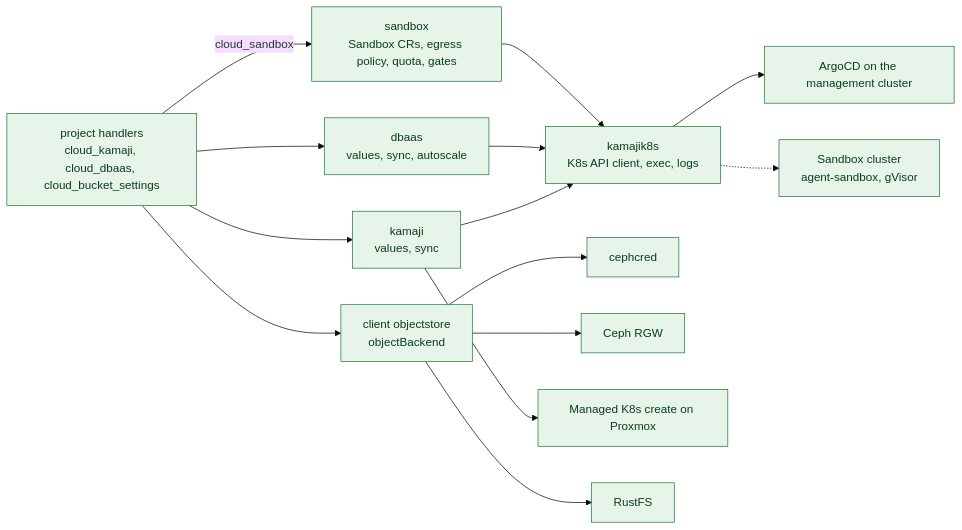
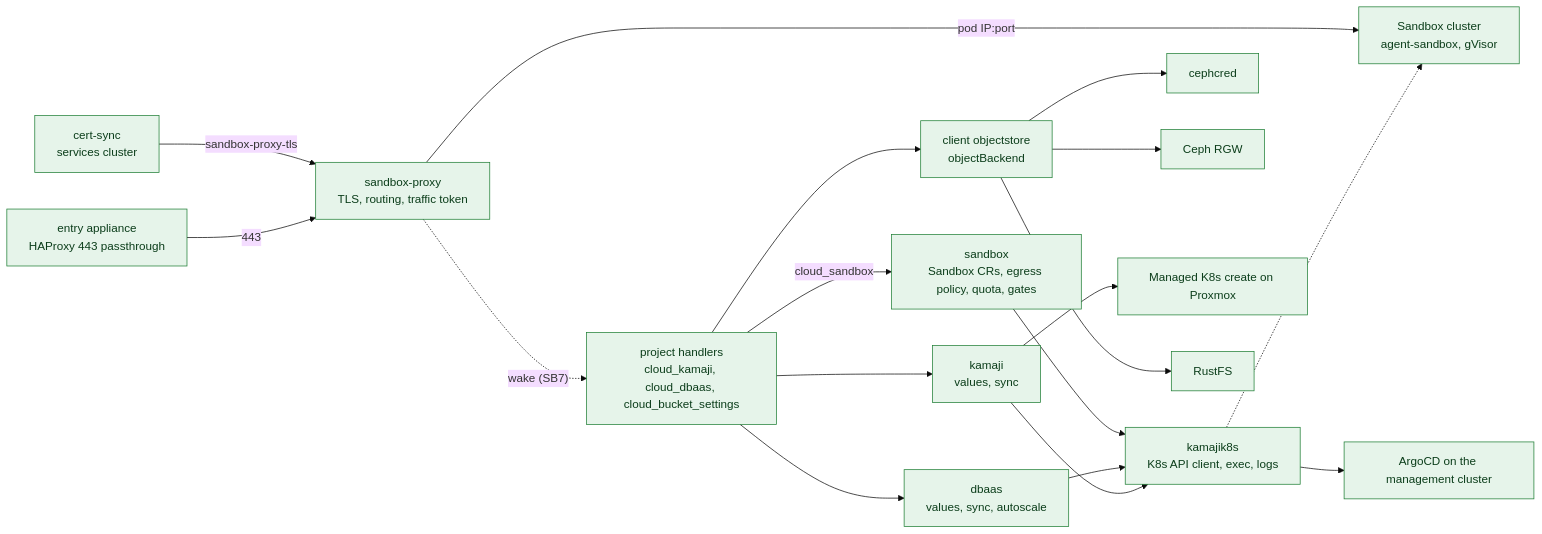
Before and after one commit to mutex-solutions/proxcloud: the fifth of 5 diagrams in docs/architecture/c4/c3-components.md, drawn with Mermaid (base theme). The commit also changed other lines of this file and 48 other files, not shown here.

First line of the commit message:
feat(sandbox): public entry with TLS in sandbox-proxy (SB4)

````diff
--- a/docs/architecture/c4/c3-components.md
+++ b/docs/architecture/c4/c3-components.md
@@ -281,32 +281,39 @@
 ```mermaid
 flowchart LR
   classDef impl fill:#e6f4ea,stroke:#1e7e34,color:#0b3d1a
   classDef planned fill:#f2f2f2,stroke:#8a8a8a,stroke-dasharray:5 5,color:#555555
 
   ph["project handlers<br/>cloud_kamaji, cloud_dbaas, cloud_bucket_settings"]:::impl
   kam["kamaji<br/>values, sync"]:::impl
   dba["dbaas<br/>values, sync, autoscale"]:::impl
   k8s["kamajik8s<br/>K8s API client, exec, logs"]:::impl
   sbx["sandbox<br/>Sandbox CRs, egress policy, quota, gates"]:::impl
   sbxc["Sandbox cluster<br/>agent-sandbox, gVisor"]:::impl
+  sbxp["sandbox-proxy<br/>TLS, routing, traffic token"]:::impl
+  sbxe["entry appliance<br/>HAProxy 443 passthrough"]:::impl
+  csync["cert-sync<br/>services cluster"]:::impl
   obj["client objectstore<br/>objectBackend"]:::impl
   ccred["cephcred"]:::impl
   argo["ArgoCD on the management cluster"]:::impl
   rgw["Ceph RGW"]:::impl
   pvek8s["Managed K8s create on Proxmox"]:::impl
   rustfs["RustFS"]:::impl
 
   ph --> kam
   ph --> dba
   ph --> obj
   kam --> k8s
   dba --> k8s
   k8s --> argo
   obj --> ccred
   obj --> rgw
   kam --> pvek8s
   obj --> rustfs
   ph -->|cloud_sandbox| sbx
   sbx --> k8s
   k8s -.-> sbxc
+  sbxe -->|443| sbxp
+  sbxp -->|"pod IP:port"| sbxc
+  csync -->|"sandbox-proxy-tls"| sbxp
+  sbxp -.->|"wake (SB7)"| ph
 ```
````
